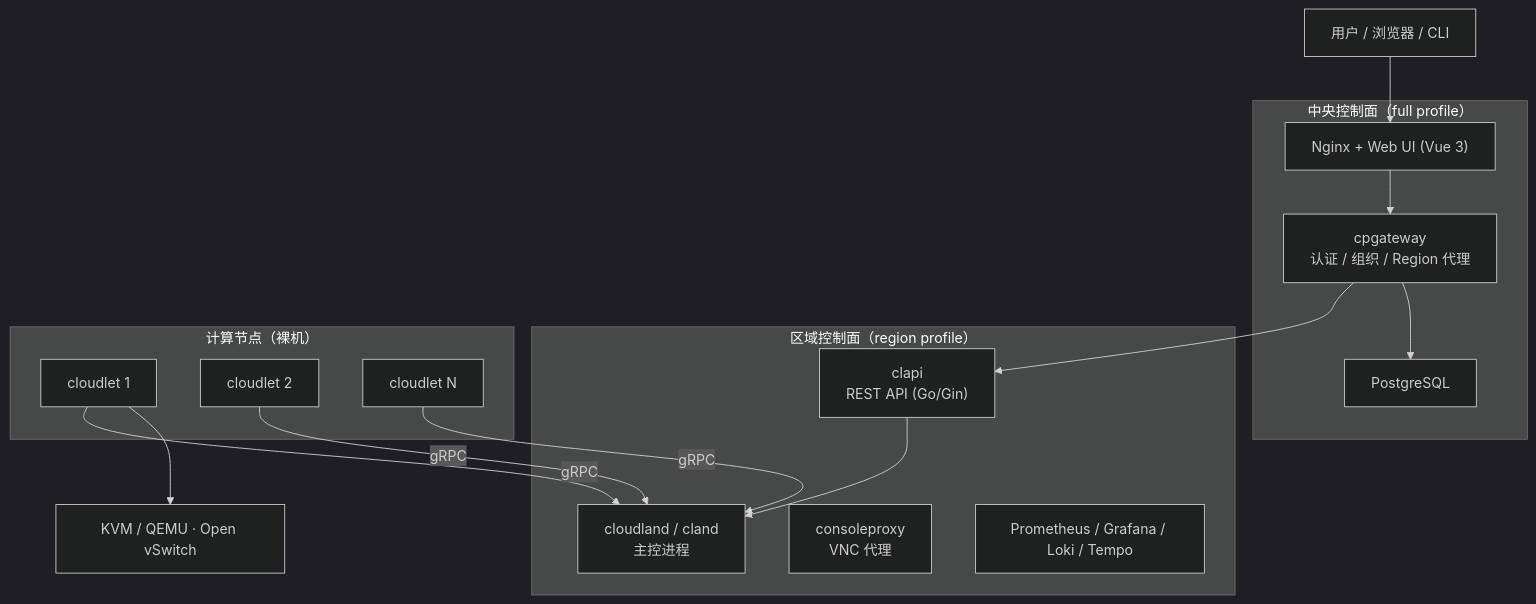
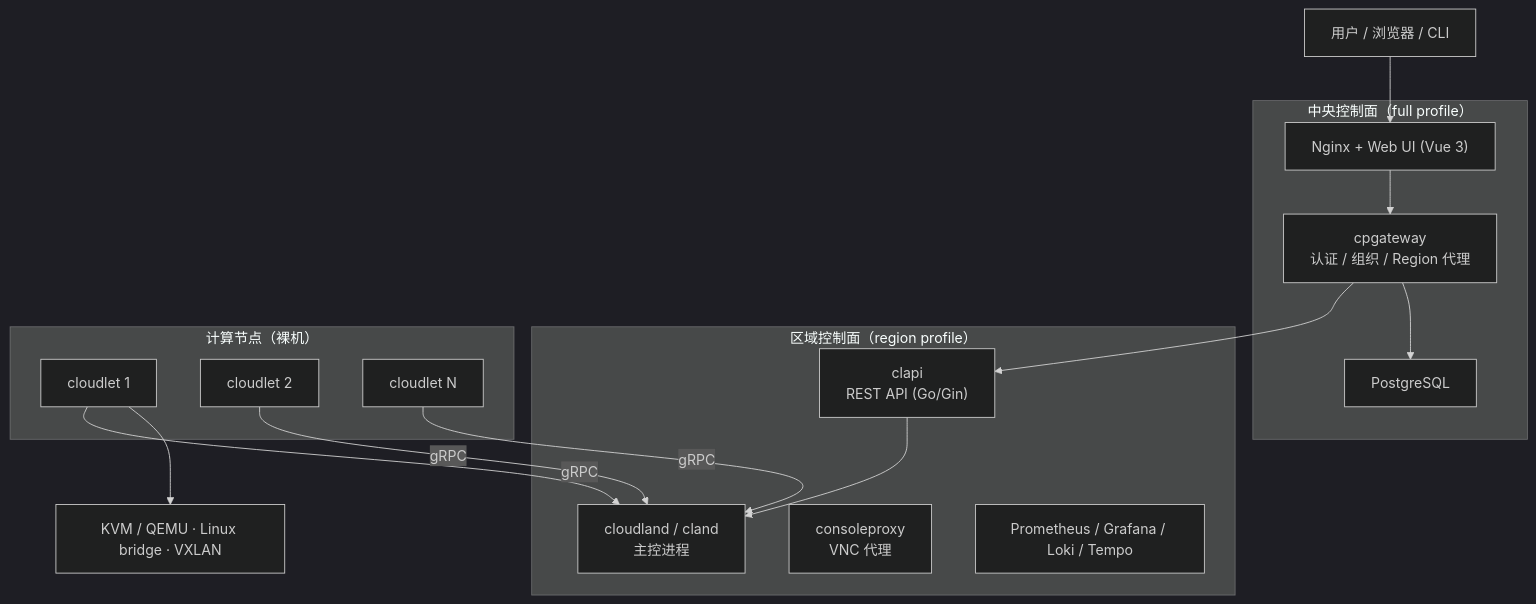
One commit to threen134/cloudland changed the diagram in README.md. Above: the diagram before and after it, drawn with Mermaid (dark theme). The commit also changed other lines of this file and 20 other files, not shown here.

````diff
--- a/README.md
+++ b/README.md
@@ -21,31 +21,31 @@
 ```mermaid
 graph TB
     USER["用户 / 浏览器 / CLI"]
 
     subgraph central["中央控制面（full profile）"]
         NGINX["Nginx + Web UI (Vue 3)"]
         CPGW["cpgateway<br/>认证 / 组织 / Region 代理"]
         PG["PostgreSQL"]
     end
 
     subgraph region["区域控制面（region profile）"]
         CLAPI["clapi<br/>REST API (Go/Gin)"]
         CLAND["cloudland / cland<br/>主控进程"]
         CONSOLE["consoleproxy<br/>VNC 代理"]
         OBS["Prometheus / Grafana / Loki / Tempo"]
     end
 
     subgraph nodes["计算节点（裸机）"]
         CL1["cloudlet 1"]
         CL2["cloudlet 2"]
         CLN["cloudlet N"]
     end
 
     USER --> NGINX --> CPGW --> CLAPI
     CPGW --> PG
     CLAPI --> CLAND
     CL1 -->|gRPC| CLAND
     CL2 -->|gRPC| CLAND
     CLN -->|gRPC| CLAND
-    CL1 --> KVM["KVM / QEMU · Open vSwitch"]
+    CL1 --> KVM["KVM / QEMU · Linux bridge · VXLAN"]
 ```
````
